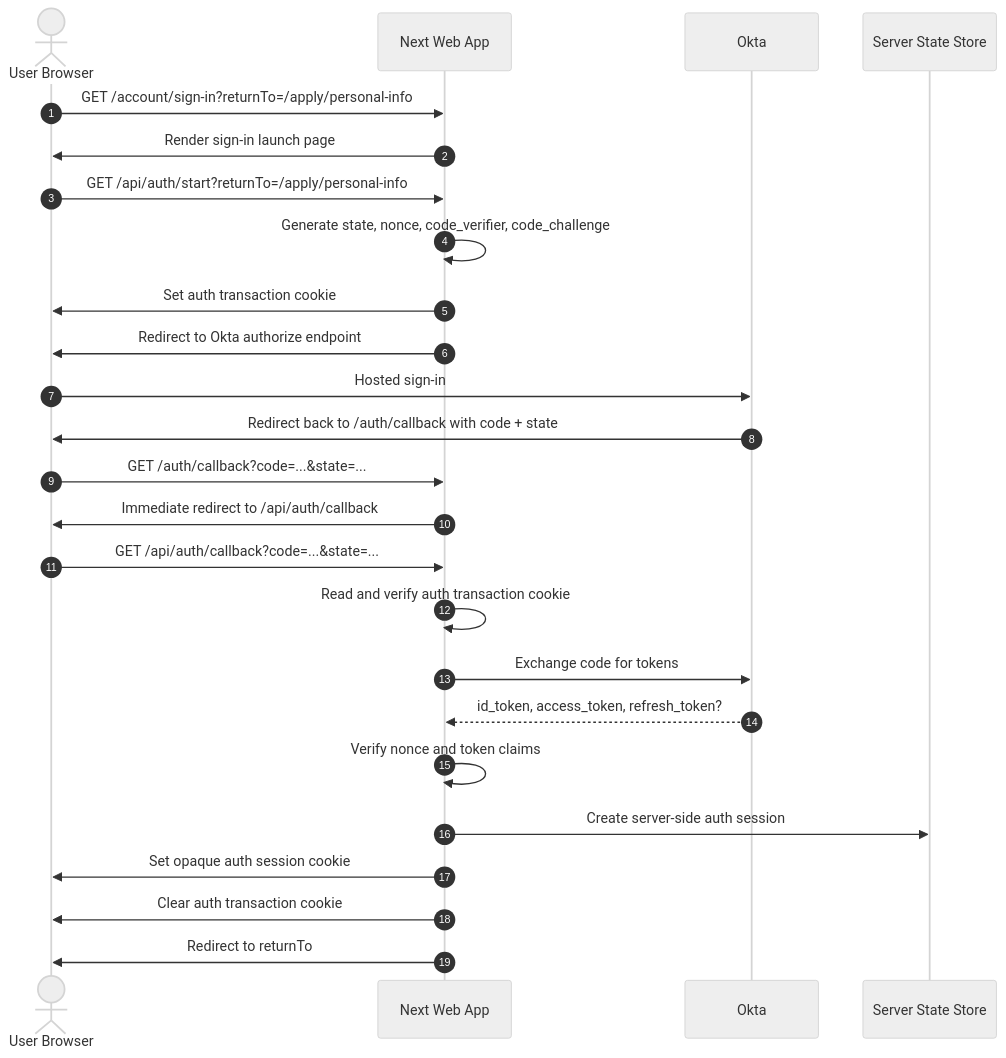
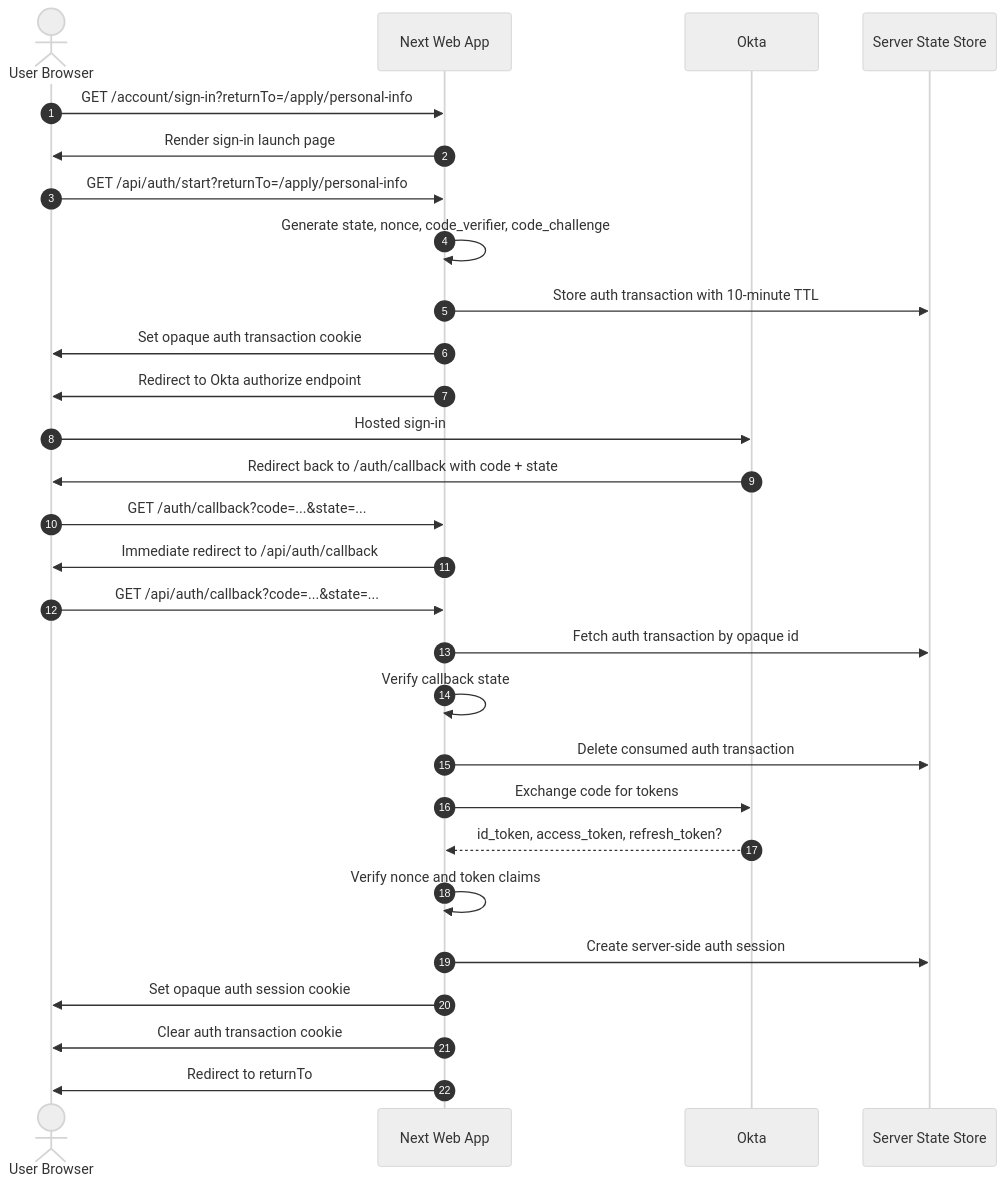
Before and after one commit to vc4u2c/acme-los: the first of 5 diagrams in docs/architecture/auth-server-flows.md, drawn with Mermaid (neutral theme). The commit also changed other lines of this file and 31 other files, not shown here.

````diff
--- a/docs/architecture/auth-server-flows.md
+++ b/docs/architecture/auth-server-flows.md
@@ -98,28 +101,31 @@
 ```mermaid
 sequenceDiagram
   autonumber
   actor U as User Browser
   participant W as Next Web App
   participant O as Okta
   participant S as Server State Store
 
   U->>W: GET /account/sign-in?returnTo=/apply/personal-info
   W->>U: Render sign-in launch page
   U->>W: GET /api/auth/start?returnTo=/apply/personal-info
   W->>W: Generate state, nonce, code_verifier, code_challenge
-  W->>U: Set auth transaction cookie
+  W->>S: Store auth transaction with 10-minute TTL
+  W->>U: Set opaque auth transaction cookie
   W->>U: Redirect to Okta authorize endpoint
   U->>O: Hosted sign-in
   O->>U: Redirect back to /auth/callback with code + state
   U->>W: GET /auth/callback?code=...&state=...
   W->>U: Immediate redirect to /api/auth/callback
   U->>W: GET /api/auth/callback?code=...&state=...
-  W->>W: Read and verify auth transaction cookie
+  W->>S: Fetch auth transaction by opaque id
+  W->>W: Verify callback state
+  W->>S: Delete consumed auth transaction
   W->>O: Exchange code for tokens
   O-->>W: id_token, access_token, refresh_token?
   W->>W: Verify nonce and token claims
   W->>S: Create server-side auth session
   W->>U: Set opaque auth session cookie
   W->>U: Clear auth transaction cookie
   W->>U: Redirect to returnTo
 ```
````
